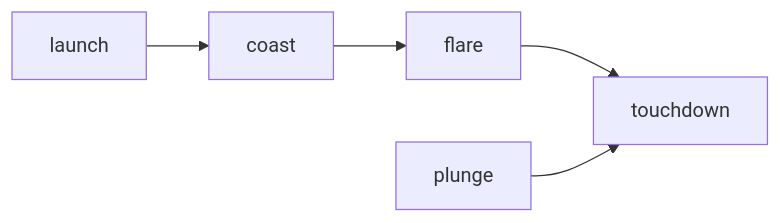
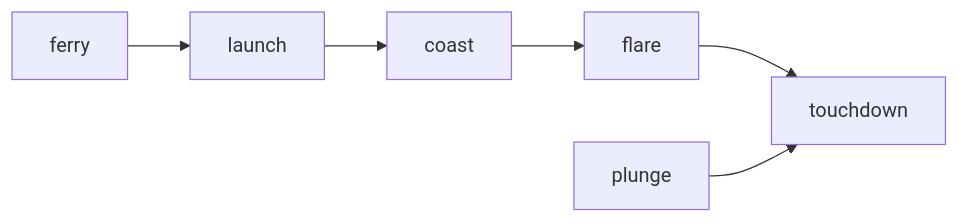
Before and after one commit to byebyebryan/pylander: the diagram in docs/overview.md, drawn with Mermaid. The commit also changed other lines of this file and 4 other files, not shown here.

````diff
--- a/docs/overview.md
+++ b/docs/overview.md
@@ -20,6 +23,7 @@
 ```mermaid
 flowchart LR
   launch[launch] --> coast[coast] --> flare[flare]
   flare --> touchdown[touchdown]
+  ferry[ferry] --> launch
   plunge[plunge] --> touchdown
 ```
````
